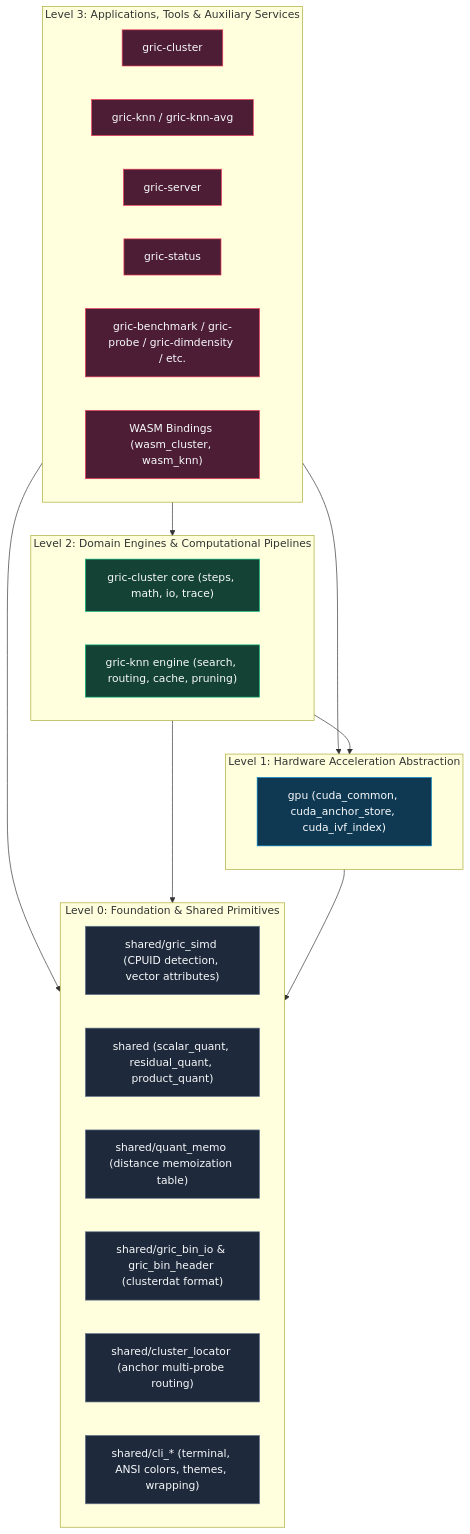
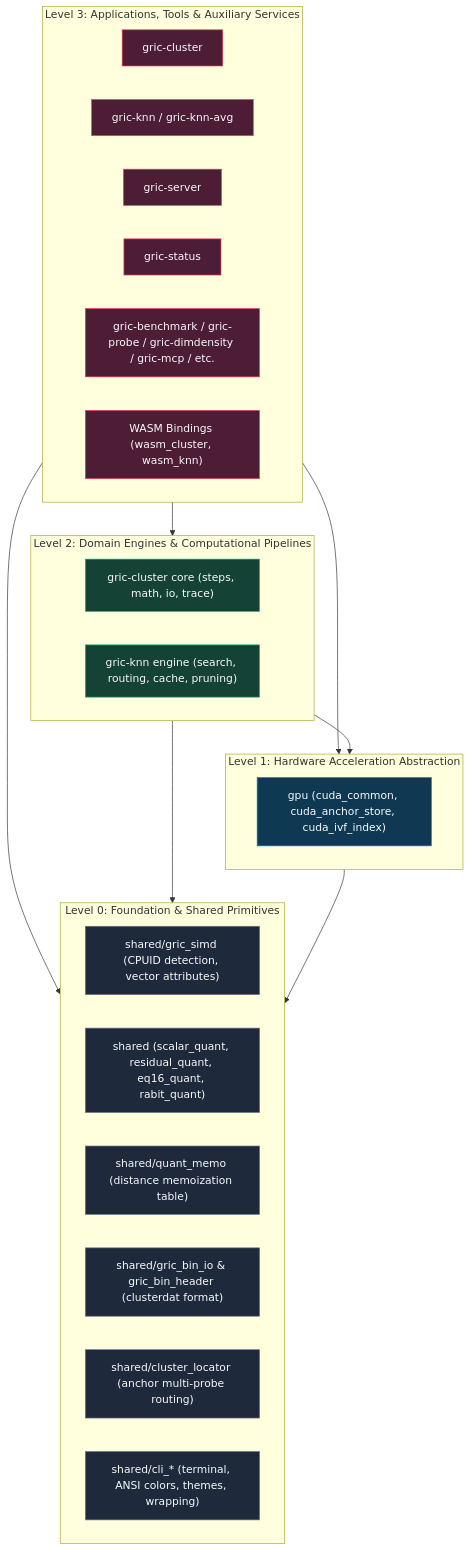
Before and after one commit to oguyon/gric-cluster: the first of 2 diagrams in dependency_graph.md, drawn with Mermaid. The commit also changed other lines of this file and 73 other files, not shown here.

````diff
--- a/dependency_graph.md
+++ b/dependency_graph.md
@@ -13,41 +13,41 @@
 ```mermaid
 graph TD
     classDef l0 fill:#1e293b,stroke:#64748b,stroke-width:1px,color:#f8fafc;
     classDef l1 fill:#0f3952,stroke:#0284c7,stroke-width:1px,color:#f8fafc;
     classDef l2 fill:#144234,stroke:#10b981,stroke-width:1px,color:#f8fafc;
     classDef l3 fill:#4c1d35,stroke:#f43f5e,stroke-width:1px,color:#f8fafc;
 
     subgraph Level3 ["Level 3: Applications, Tools & Auxiliary Services"]
         APP_CLUSTER["gric-cluster"]:::l3
         APP_KNN["gric-knn / gric-knn-avg"]:::l3
         APP_SERVER["gric-server"]:::l3
         APP_STATUS["gric-status"]:::l3
-        APP_TOOLS["gric-benchmark / gric-probe / gric-dimdensity / etc."]:::l3
+        APP_TOOLS["gric-benchmark / gric-probe / gric-dimdensity / gric-mcp / etc."]:::l3
         APP_WASM["WASM Bindings (wasm_cluster, wasm_knn)"]:::l3
     end
 
     subgraph Level2 ["Level 2: Domain Engines & Computational Pipelines"]
         ENG_CLUSTER["gric-cluster core (steps, math, io, trace)"]:::l2
         ENG_KNN["gric-knn engine (search, routing, cache, pruning)"]:::l2
     end
 
     subgraph Level1 ["Level 1: Hardware Acceleration Abstraction"]
         ACC_GPU["gpu (cuda_common, cuda_anchor_store, cuda_ivf_index)"]:::l1
     end
 
     subgraph Level0 ["Level 0: Foundation & Shared Primitives"]
         LIB_SIMD["shared/gric_simd (CPUID detection, vector attributes)"]:::l0
-        LIB_QUANT["shared (scalar_quant, residual_quant, product_quant)"]:::l0
+        LIB_QUANT["shared (scalar_quant, residual_quant, eq16_quant, rabit_quant)"]:::l0
         LIB_MEMO["shared/quant_memo (distance memoization table)"]:::l0
         LIB_IO["shared/gric_bin_io & gric_bin_header (clusterdat format)"]:::l0
         LIB_LOC["shared/cluster_locator (anchor multi-probe routing)"]:::l0
         LIB_CLI["shared/cli_* (terminal, ANSI colors, themes, wrapping)"]:::l0
     end
 
     Level3 --> Level2
     Level3 --> Level1
     Level3 --> Level0
     Level2 --> Level1
     Level2 --> Level0
     Level1 --> Level0
 ```
````
